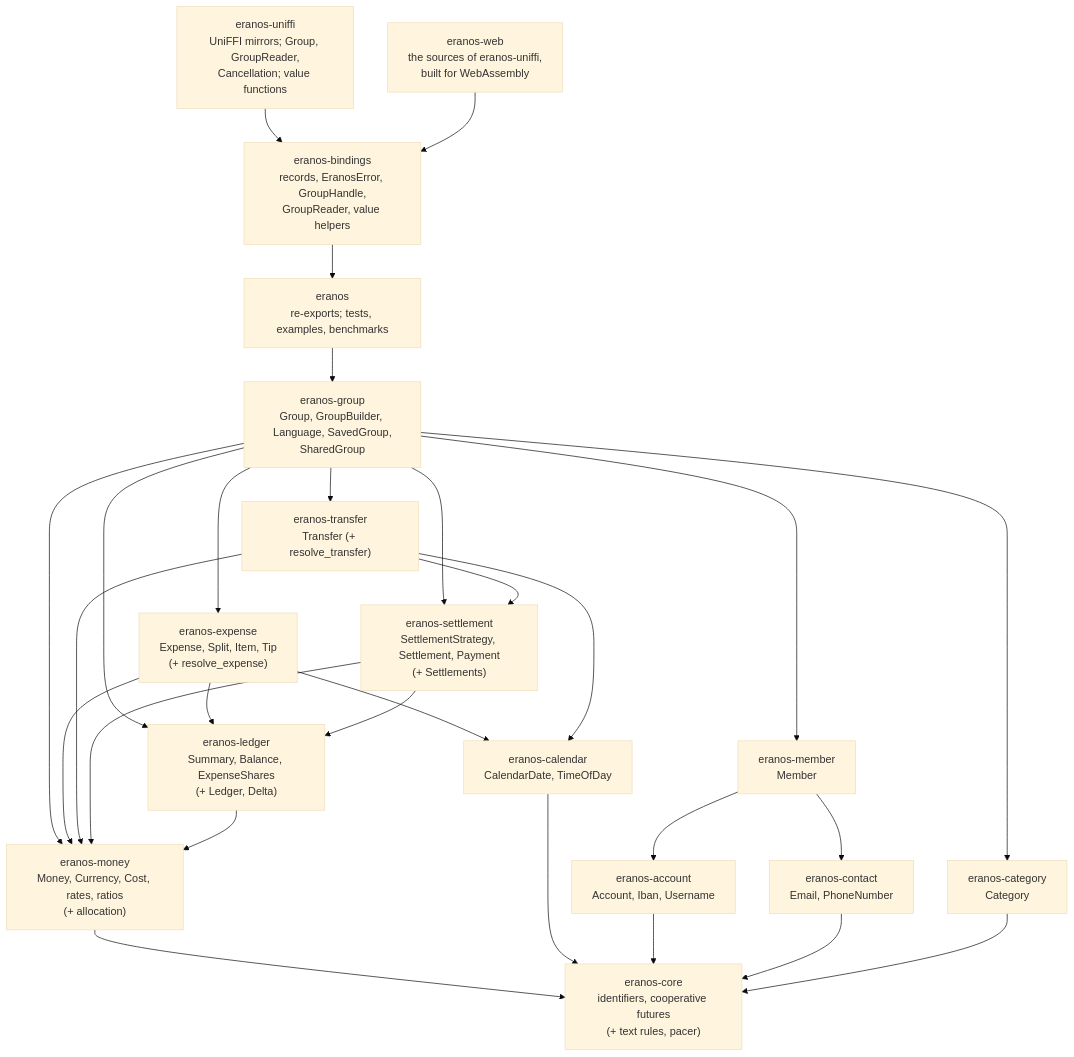
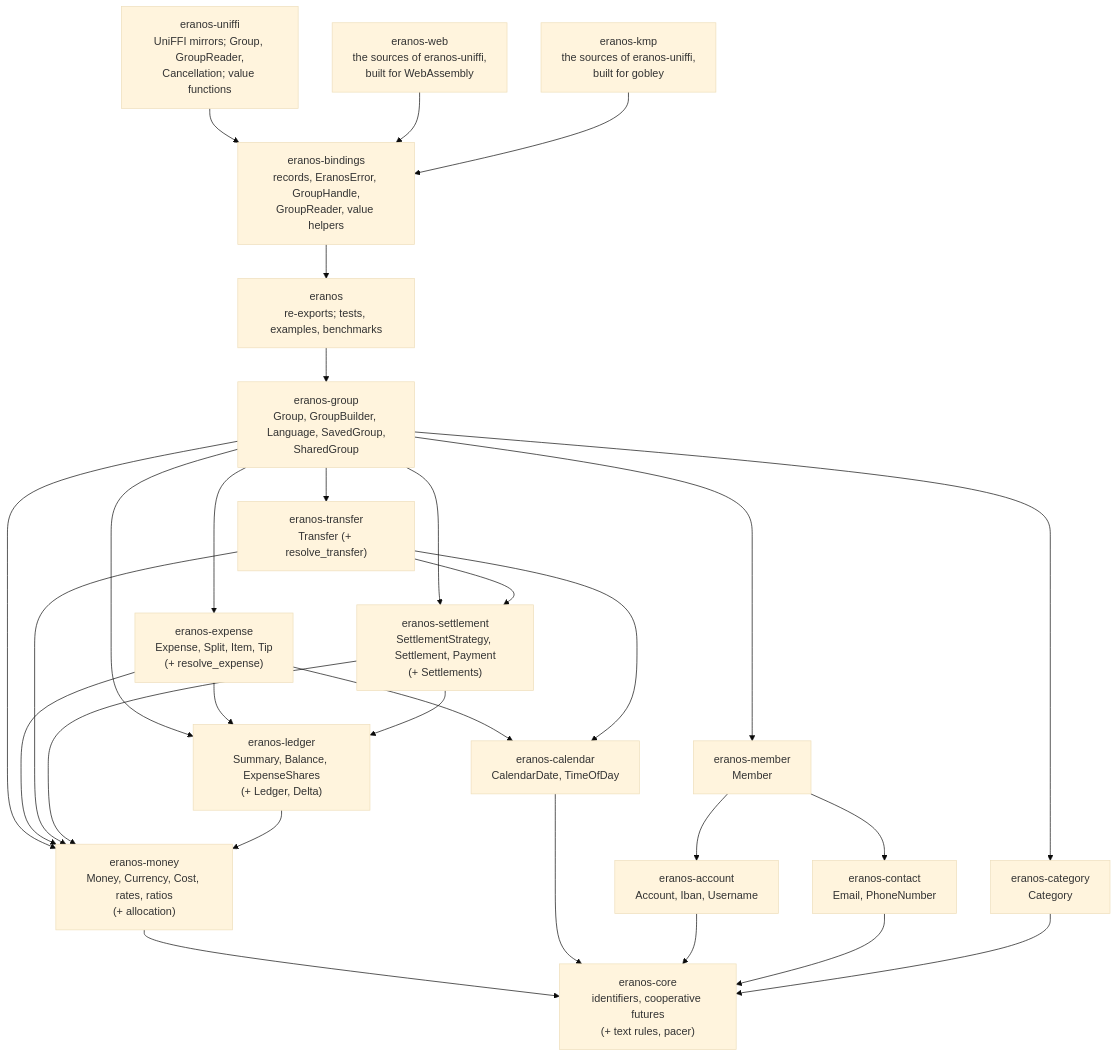
One commit to cristiancristea00/eranos changed the first of 3 diagrams in docs/ARCHITECTURE.md. Above: the diagram before and after it, drawn with Mermaid (base theme). The commit also changed other lines of this file and 30 other files, not shown here.

````diff
--- a/docs/ARCHITECTURE.md
+++ b/docs/ARCHITECTURE.md
@@ -79,46 +80,48 @@
 ```mermaid
 flowchart TD
     UNIFFI["eranos-uniffi<br/>UniFFI mirrors; Group, GroupReader,<br/>Cancellation; value functions"]
     WEB["eranos-web<br/>the sources of eranos-uniffi,<br/>built for WebAssembly"]
+    KMP["eranos-kmp<br/>the sources of eranos-uniffi,<br/>built for gobley"]
     BINDINGS["eranos-bindings<br/>records, EranosError, GroupHandle,<br/>GroupReader, value helpers"]
     FACADE["eranos<br/>re-exports; tests, examples, benchmarks"]
     GROUP["eranos-group<br/>Group, GroupBuilder, Language, SavedGroup,<br/>SharedGroup"]
     EXPENSE["eranos-expense<br/>Expense, Split, Item, Tip<br/>(+ resolve_expense)"]
     TRANSFER["eranos-transfer<br/>Transfer (+ resolve_transfer)"]
     MEMBER["eranos-member<br/>Member"]
     CATEGORY["eranos-category<br/>Category"]
     SETTLEMENT["eranos-settlement<br/>SettlementStrategy, Settlement, Payment<br/>(+ Settlements)"]
     ACCOUNT["eranos-account<br/>Account, Iban, Username"]
     CONTACT["eranos-contact<br/>Email, PhoneNumber"]
     LEDGER["eranos-ledger<br/>Summary, Balance, ExpenseShares<br/>(+ Ledger, Delta)"]
     CALENDAR["eranos-calendar<br/>CalendarDate, TimeOfDay"]
     MONEY["eranos-money<br/>Money, Currency, Cost, rates, ratios<br/>(+ allocation)"]
     CORE["eranos-core<br/>identifiers, cooperative futures<br/>(+ text rules, pacer)"]
     UNIFFI --> BINDINGS
     WEB --> BINDINGS
+    KMP --> BINDINGS
     BINDINGS --> FACADE
     FACADE --> GROUP
     GROUP --> EXPENSE
     GROUP --> TRANSFER
     GROUP --> MEMBER
     GROUP --> CATEGORY
     GROUP --> SETTLEMENT
     GROUP --> LEDGER
     GROUP --> MONEY
     EXPENSE --> LEDGER
     EXPENSE --> CALENDAR
     EXPENSE --> MONEY
     TRANSFER --> SETTLEMENT
     TRANSFER --> CALENDAR
     TRANSFER --> MONEY
     MEMBER --> ACCOUNT
     MEMBER --> CONTACT
     SETTLEMENT --> LEDGER
     SETTLEMENT --> MONEY
     LEDGER --> MONEY
     MONEY --> CORE
     CALENDAR --> CORE
     ACCOUNT --> CORE
     CONTACT --> CORE
     CATEGORY --> CORE
 ```
````
